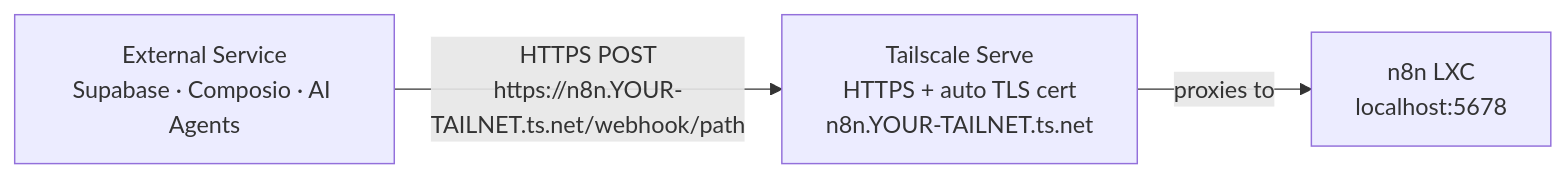
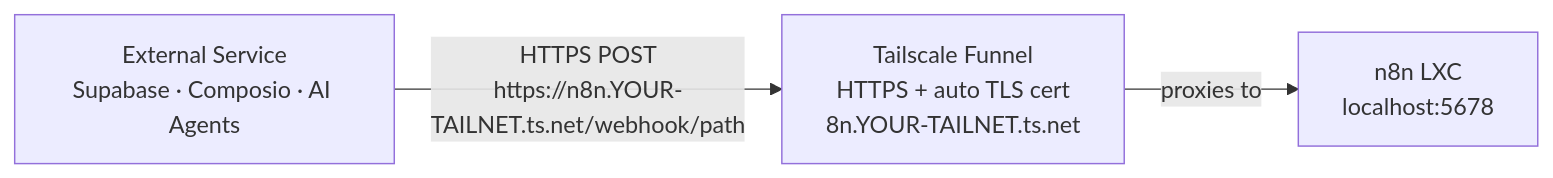
One commit to jcmarinn/home-lab changed the fourth of 4 diagrams in README.md. Above: the diagram before and after it, drawn with Mermaid. The commit also changed other lines of this file, not shown here.

Commit message:
added comments to diferentiate between tailscale serve  and funnel

````diff
--- a/README.md
+++ b/README.md
@@ -254,9 +254,9 @@
 ```mermaid
 flowchart LR
     EXT[External Service<br/>Supabase · Composio · AI Agents]
-    TS_SERVE["Tailscale Serve\nHTTPS + auto TLS cert\nn8n.YOUR-TAILNET.ts.net"]
+    TS_FUNNEL["Tailscale Funnel\nHTTPS + auto TLS cert\n8n.YOUR-TAILNET.ts.net"]
     N8N[n8n LXC\nlocalhost:5678]
 
-    EXT -->|"HTTPS POST\nhttps://n8n.YOUR-TAILNET.ts.net/webhook/path"| TS_SERVE
-    TS_SERVE -->|"proxies to"| N8N
+    EXT -->|"HTTPS POST\nhttps://n8n.YOUR-TAILNET.ts.net/webhook/path"| TS_FUNNEL
+    TS_FUNNEL -->|"proxies to"| N8N
 ```
````
